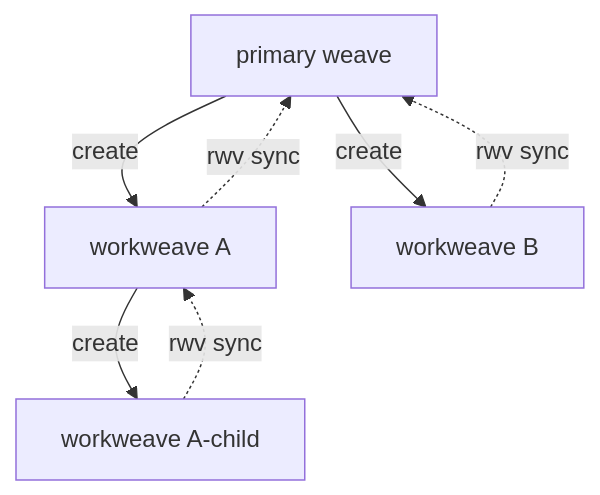
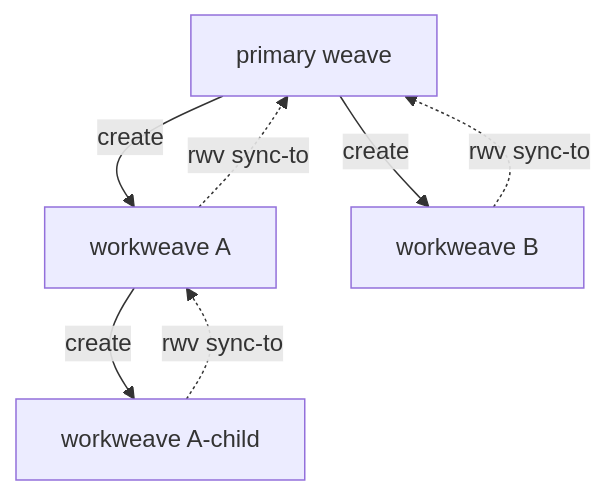
Before and after one commit to cwalv/repoweave: the diagram in docs/explanation/joints/workweave-hierarchy.md, drawn with Mermaid. The commit also changed other lines of this file and 3 other files, not shown here.

````diff
--- a/docs/explanation/joints/workweave-hierarchy.md
+++ b/docs/explanation/joints/workweave-hierarchy.md
@@ -39,15 +39,15 @@
 ```mermaid
 flowchart TD
     P[primary weave]
     A[workweave A]
     AC[workweave A-child]
     B[workweave B]
 
     P -->|create| A
     P -->|create| B
     A -->|create| AC
 
-    A -.->|rwv sync| P
-    B -.->|rwv sync| P
-    AC -.->|rwv sync| A
+    A -.->|rwv sync-to| P
+    B -.->|rwv sync-to| P
+    AC -.->|rwv sync-to| A
 ```
````
